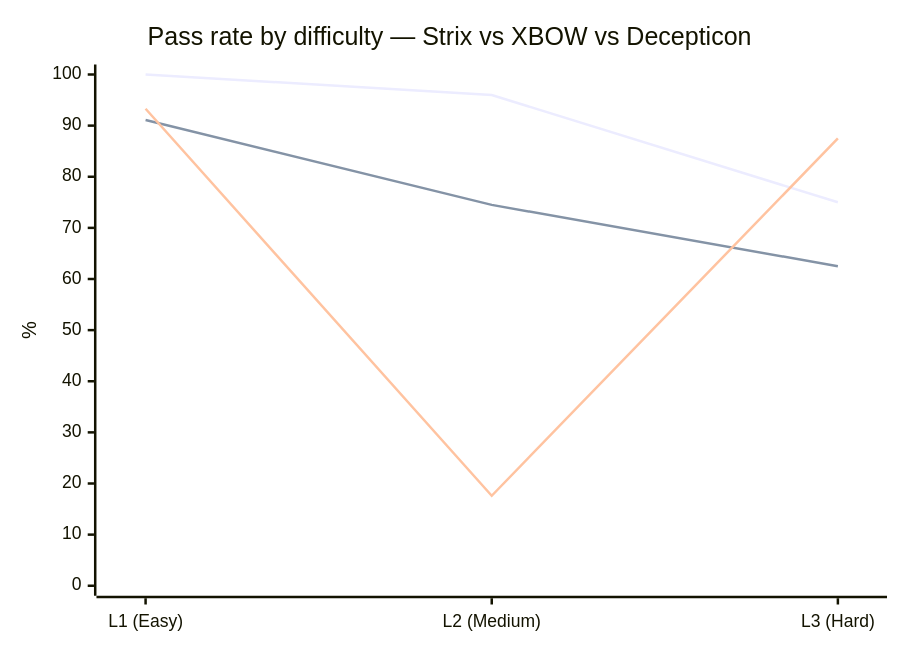
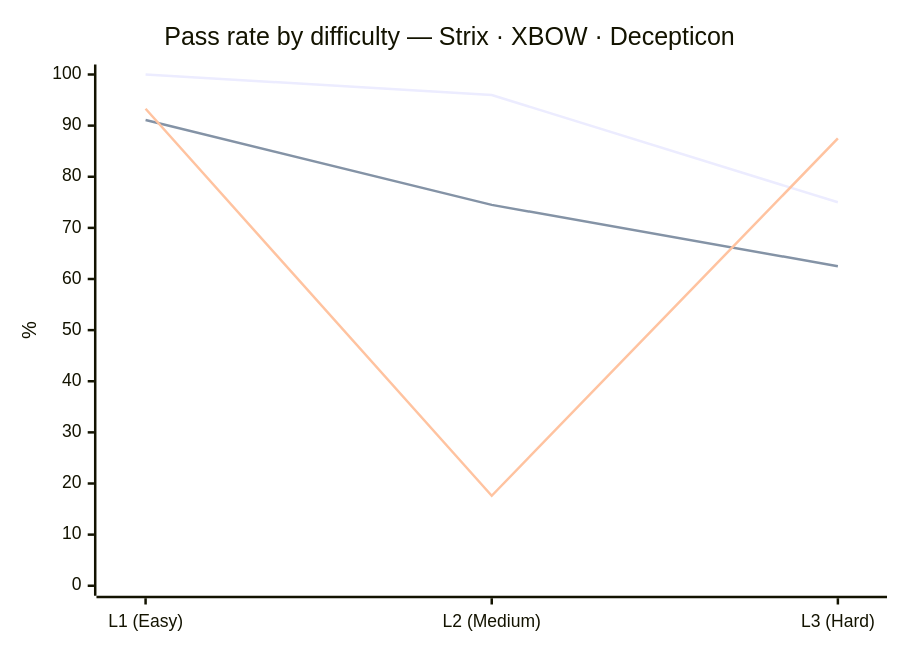
Before and after one commit to musicsms/decepticon: the second of 2 diagrams in docs/benchmark-comparison.md, drawn with Mermaid. The commit also changed other lines of this file and 1 other file, not shown here.

First line of the commit message:
Restrict comparison to XBOW publishers; flag black-box mode; cross-link

````diff
--- a/docs/benchmark-comparison.md
+++ b/docs/benchmark-comparison.md
@@ -65,9 +65,9 @@
 ```mermaid
 xychart-beta
-    title "Pass rate by difficulty — Strix vs XBOW vs Decepticon"
+    title "Pass rate by difficulty — Strix · XBOW · Decepticon"
     x-axis ["L1 (Easy)", "L2 (Medium)", "L3 (Hard)"]
     y-axis "%" 0 --> 100
     line [100, 96, 75]
     line [91.1, 74.5, 62.5]
     line [93.3, 17.6, 87.5]
 ```
````
